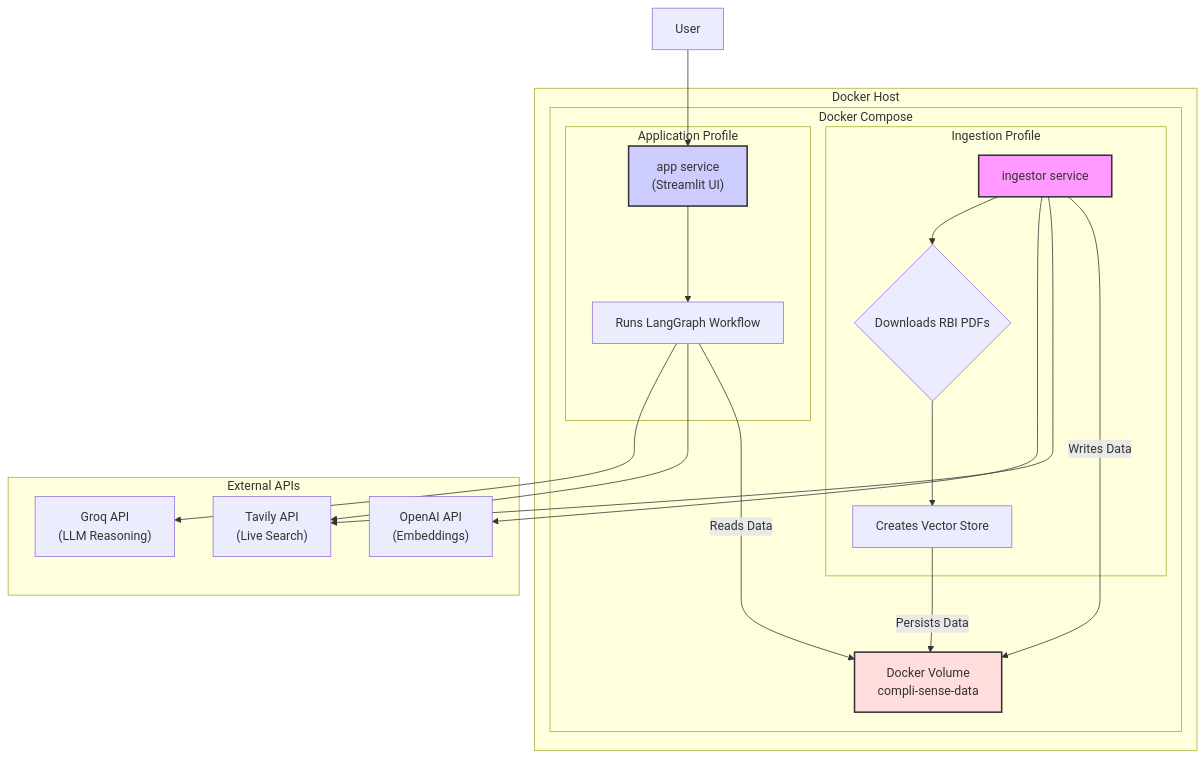
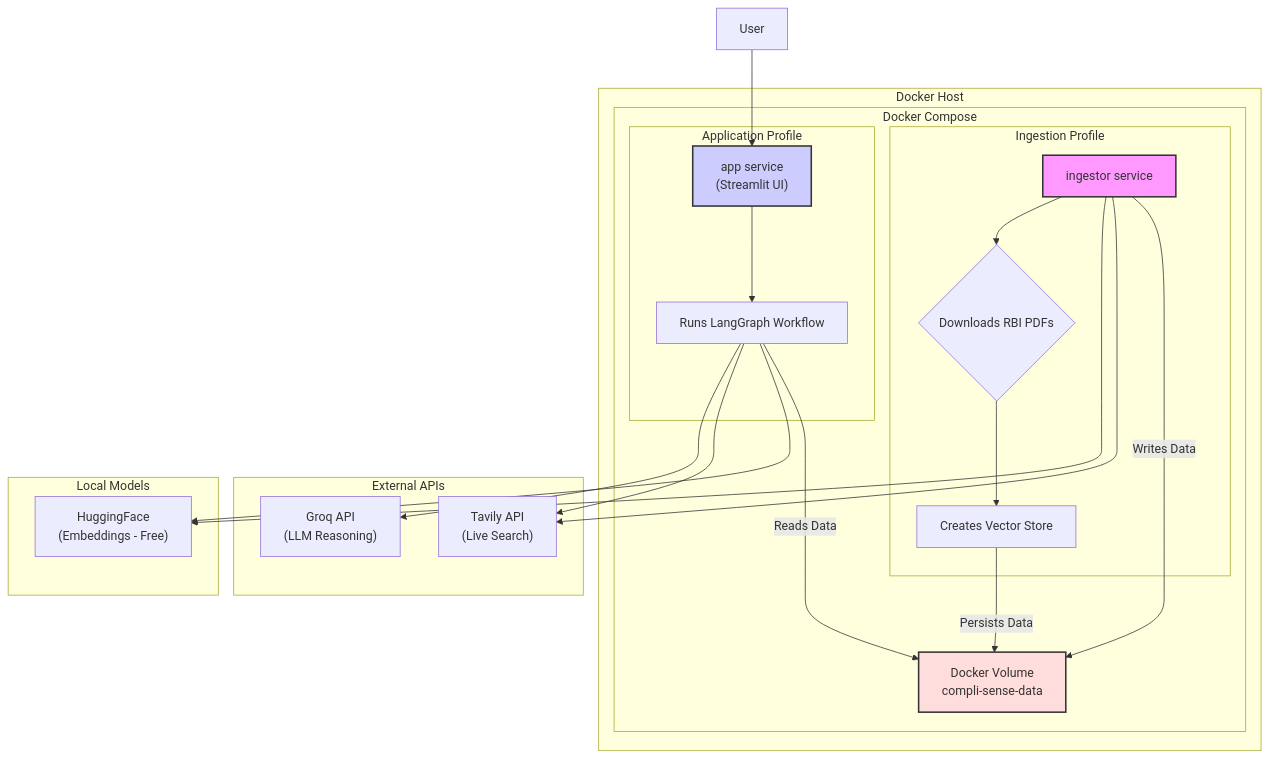
The first of 2 diagrams in README.md (SaiBhujbal/CompliSense), drawn with Mermaid before and after one commit. The commit also changed other lines of this file and 12 other files, not shown here.

First line of the commit message:
Remove OpenAI API key requirement - Use free HuggingFace embeddings instead (#4)

````diff
--- a/README.md
+++ b/README.md
@@ -15,35 +15,39 @@
 ```mermaid
 graph TD
     subgraph "Docker Host"
         subgraph "Docker Compose"
             subgraph "Ingestion Profile"
                 A[ingestor service] --> B{Downloads RBI PDFs};
                 B --> C[Creates Vector Store];
             end
             subgraph "Application Profile"
                 D["app service<br>(Streamlit UI)"] --> E[Runs LangGraph Workflow];
             end
             F[Docker Volume<br>compli-sense-data]
         end
     end
 
     subgraph "External APIs"
-        G["OpenAI API<br>(Embeddings)"]
         H["Tavily API<br>(Live Search)"]
         I["Groq API<br>(LLM Reasoning)"]
+    end
+    
+    subgraph "Local Models"
+        G["HuggingFace<br>(Embeddings - Free)"]
     end
 
     User --> D;
     A --> G;
     A --> H;
     E --> I;
     E --> H;
+    E --> G;
     
     C -- Persists Data --> F;
     E -- Reads Data --> F;
     A -- Writes Data --> F;
 
     style A fill:#f9f,stroke:#333,stroke-width:2px
     style D fill:#ccf,stroke:#333,stroke-width:2px
     style F fill:#fdd,stroke:#333,stroke-width:2px
 ```
````
